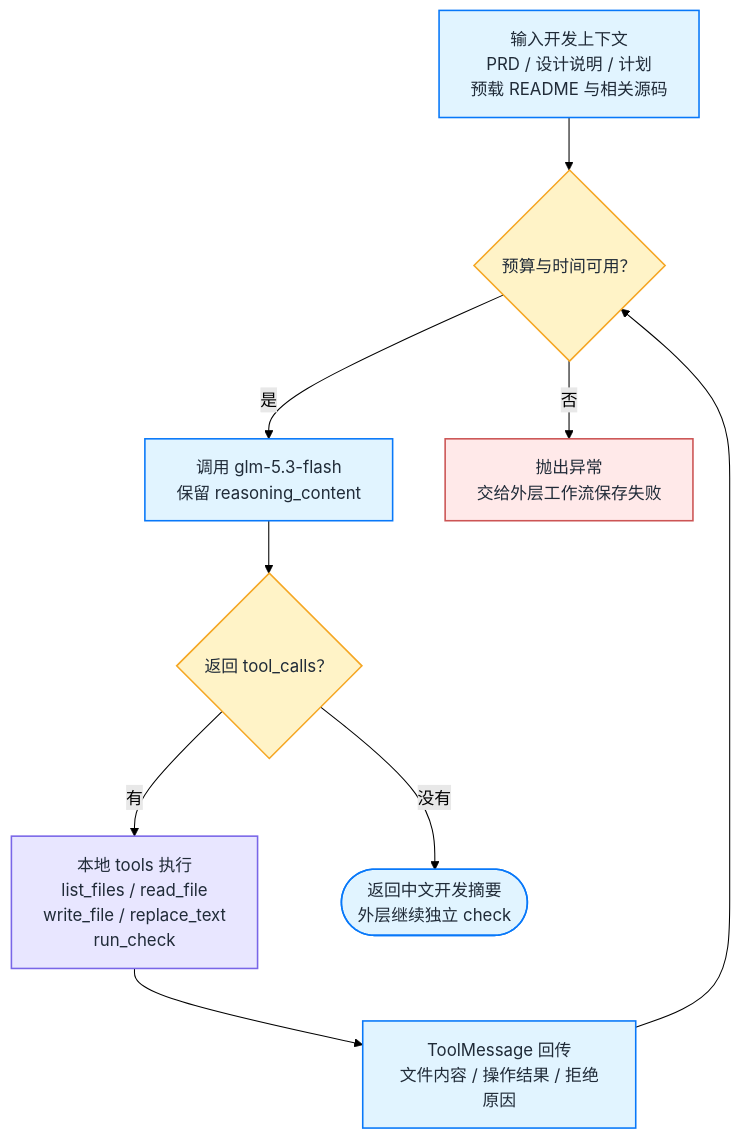
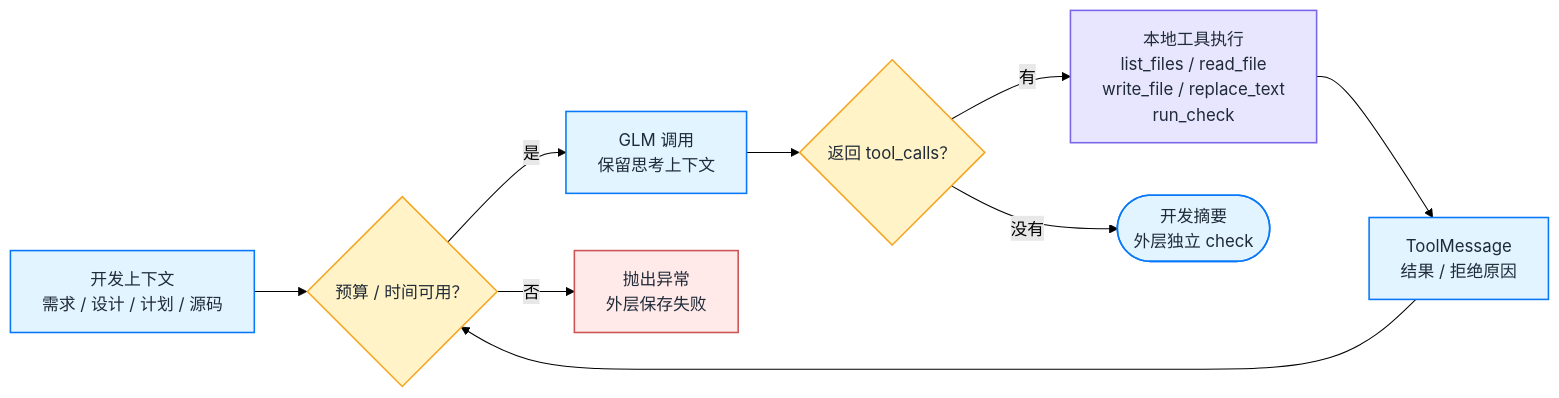
The fourth of 5 diagrams in docs/项目流程图.md (BruceZM/design-agent-mvp), drawn with Mermaid (forest theme) before and after one commit. The commit also changed other lines of this file and 18 other files, not shown here.

Commit message:
Fit diagrams to screen and focus Agent execution guide

````diff
--- a/docs/项目流程图.md
+++ b/docs/项目流程图.md
@@ -162,21 +141,21 @@
 ```mermaid
-flowchart TB
+flowchart LR
     accTitle: 编码 Agent 内部的模型与工具循环
     accDescr: 预载需求、计划与源码后，先检查模型调用预算；模型返回工具调用时由本地工具执行并回传结果，无工具调用时返回摘要。
-    CONTEXT["输入开发上下文<br/>PRD / 设计说明 / 计划<br/>预载 README 与相关源码"] --> B{"预算与时间可用？"}
-    B -->|是| MODEL["调用 glm-5.3-flash<br/>保留 reasoning_content"]
-    B -->|否| ERROR["抛出异常<br/>交给外层工作流保存失败"]
+    CONTEXT["开发上下文<br/>需求 / 设计 / 计划 / 源码"] --> B{"预算 / 时间可用？"}
+    B -->|是| MODEL["GLM 调用<br/>保留思考上下文"]
+    B -->|否| ERROR["抛出异常<br/>外层保存失败"]
     MODEL --> Q{"返回 tool_calls？"}
-    Q -->|有| TOOLS["本地 tools 执行<br/>list_files / read_file<br/>write_file / replace_text<br/>run_check"]
-    TOOLS --> RESULT["ToolMessage 回传<br/>文件内容 / 操作结果 / 拒绝原因"]
+    Q -->|有| TOOLS["本地工具执行<br/>list_files / read_file<br/>write_file / replace_text<br/>run_check"]
+    TOOLS --> RESULT["ToolMessage<br/>结果 / 拒绝原因"]
     RESULT --> B
-    Q -->|没有| SUMMARY(["返回中文开发摘要<br/>外层继续独立 check"])
+    Q -->|没有| SUMMARY(["开发摘要<br/>外层独立 check"])
     classDef base fill:#E1F4FF,stroke:#0878F9,color:#202B38,stroke-width:1.5px;
     classDef decision fill:#FFF3C7,stroke:#F5A623,color:#202B38,stroke-width:1.5px;
     classDef tool fill:#E8E6FF,stroke:#7966E8,color:#202B38,stroke-width:1.5px;
     classDef failure fill:#FFE9E9,stroke:#CC5454,color:#202B38,stroke-width:1.5px;
     class CONTEXT,MODEL,RESULT,SUMMARY base;
     class B,Q decision;
     class TOOLS tool;
     class ERROR failure;
 ```
````
